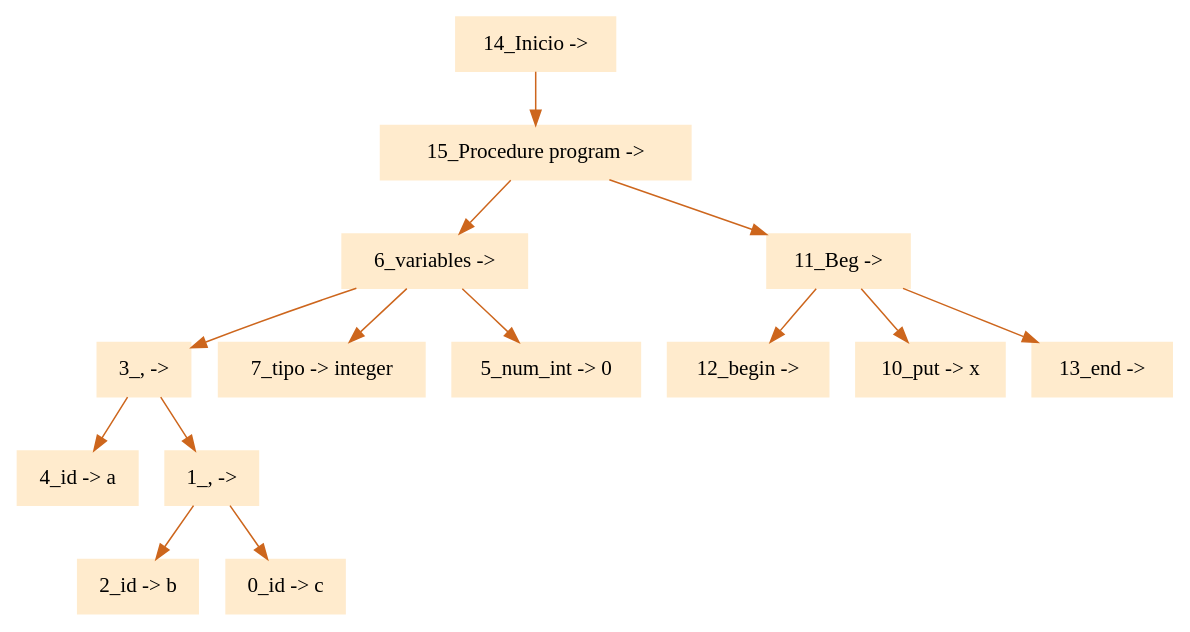
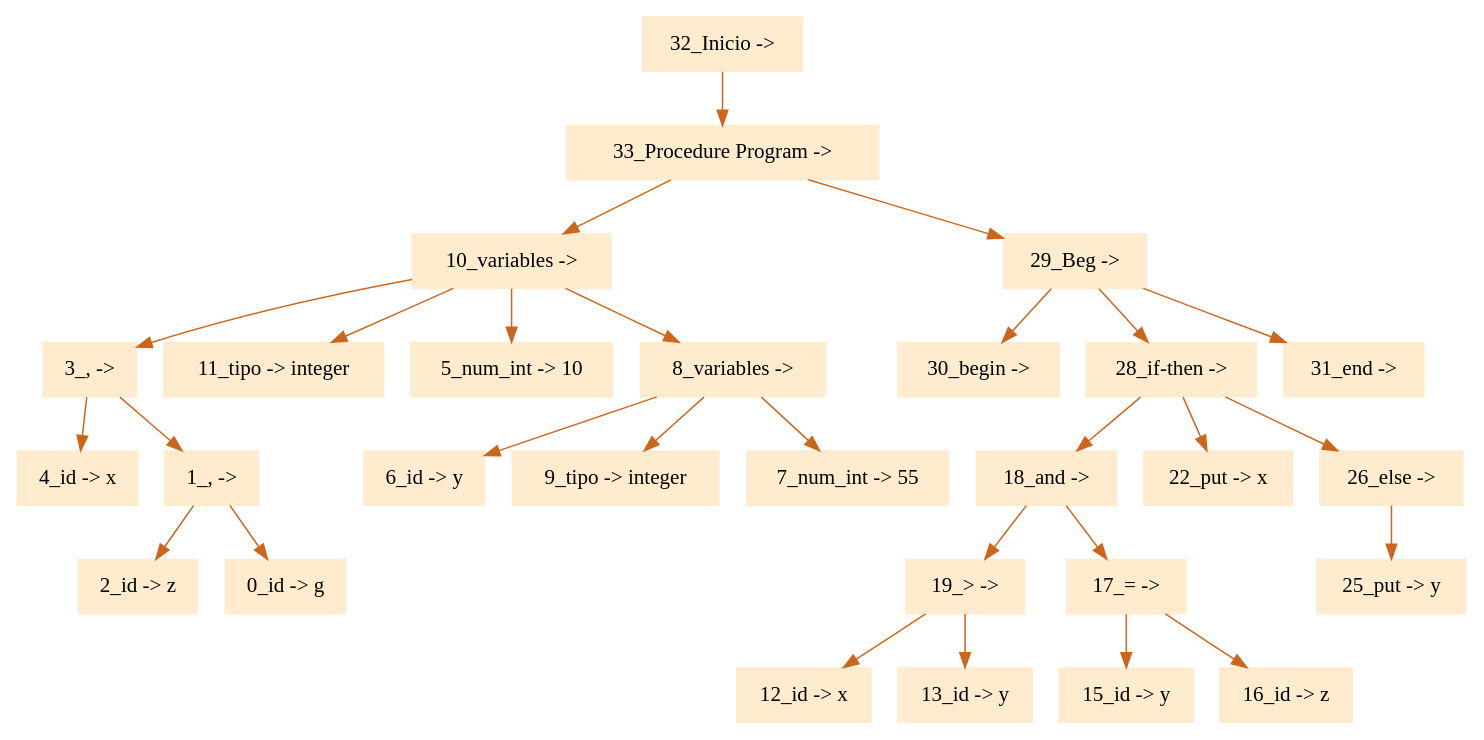
Before and after one commit to eliasgz97/Proyecto_Compiladores: the diagram in ProyectoCompiladores/arbol.dot, drawn with Graphviz. The commit also changed 3 other files, not shown here.

```diff
--- a/ProyectoCompiladores/arbol.dot
+++ b/ProyectoCompiladores/arbol.dot
@@ -1,18 +1,32 @@
 digraph G {node[shape=box, style=filled, color=blanchedalmond]; edge[color=chocolate3];rankdir=UD 
 
-"14_Inicio -> "->"15_Procedure program -> "
-"15_Procedure program -> "->"6_variables -> "
-"6_variables -> "->"3_, -> "
-"3_, -> "->"4_id -> a"
+"32_Inicio -> "->"33_Procedure Program -> "
+"33_Procedure Program -> "->"10_variables -> "
+"10_variables -> "->"3_, -> "
+"3_, -> "->"4_id -> x"
 "3_, -> "->"1_, -> "
-"1_, -> "->"2_id -> b"
-"1_, -> "->"0_id -> c"
-"6_variables -> "->"7_tipo -> integer"
-"6_variables -> "->"5_num_int -> 0"
-"15_Procedure program -> "->"11_Beg -> "
-"11_Beg -> "->"12_begin -> "
-"11_Beg -> "->"10_put -> x"
-"11_Beg -> "->"13_end -> "
+"1_, -> "->"2_id -> z"
+"1_, -> "->"0_id -> g"
+"10_variables -> "->"11_tipo -> integer"
+"10_variables -> "->"5_num_int -> 10"
+"10_variables -> "->"8_variables -> "
+"8_variables -> "->"6_id -> y"
+"8_variables -> "->"9_tipo -> integer"
+"8_variables -> "->"7_num_int -> 55"
+"33_Procedure Program -> "->"29_Beg -> "
+"29_Beg -> "->"30_begin -> "
+"29_Beg -> "->"28_if-then -> "
+"28_if-then -> "->"18_and -> "
+"18_and -> "->"19_> -> "
+"19_> -> "->"12_id -> x"
+"19_> -> "->"13_id -> y"
+"18_and -> "->"17_= -> "
+"17_= -> "->"15_id -> y"
+"17_= -> "->"16_id -> z"
+"28_if-then -> "->"22_put -> x"
+"28_if-then -> "->"26_else -> "
+"26_else -> "->"25_put -> y"
+"29_Beg -> "->"31_end -> "
 
 
 }
```
